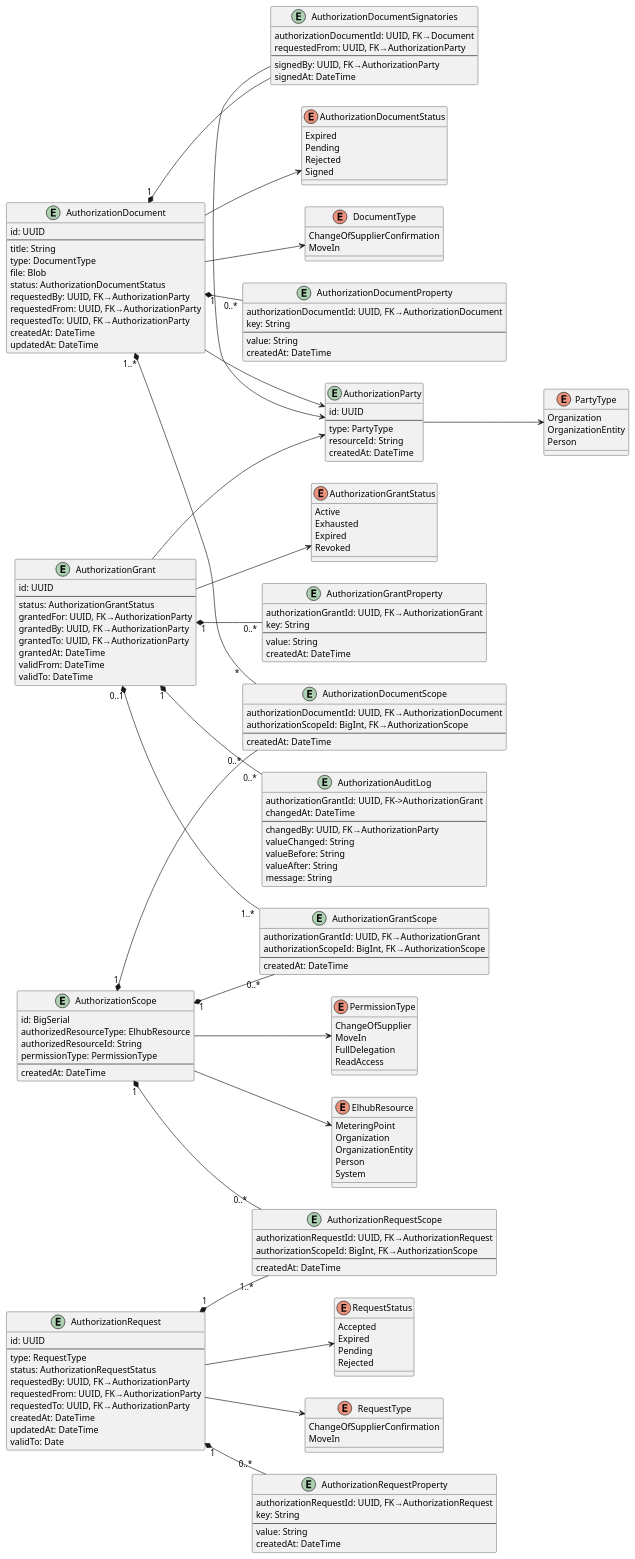
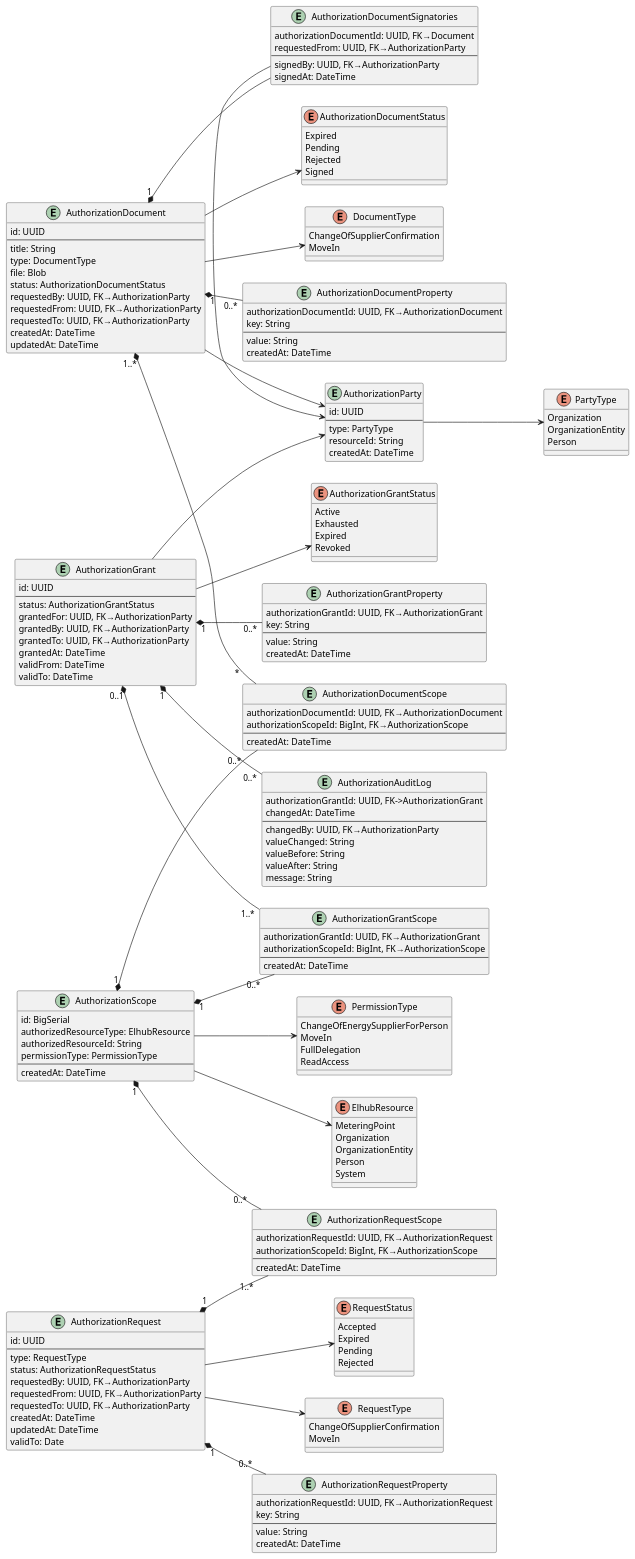
One commit to elhub/auth-grant-manager changed the diagram in docs/assets/datamodel.plantuml. Above: the diagram before and after it, drawn with PlantUML. The commit also changed 89 other files, not shown here.

```diff
--- a/docs/assets/datamodel.plantuml
+++ b/docs/assets/datamodel.plantuml
@@ -14,7 +14,7 @@
 }
 
 enum PermissionType {
-  ChangeOfSupplier
+  ChangeOfEnergySupplierForPerson
   MoveIn
   FullDelegation
   ReadAccess
```
